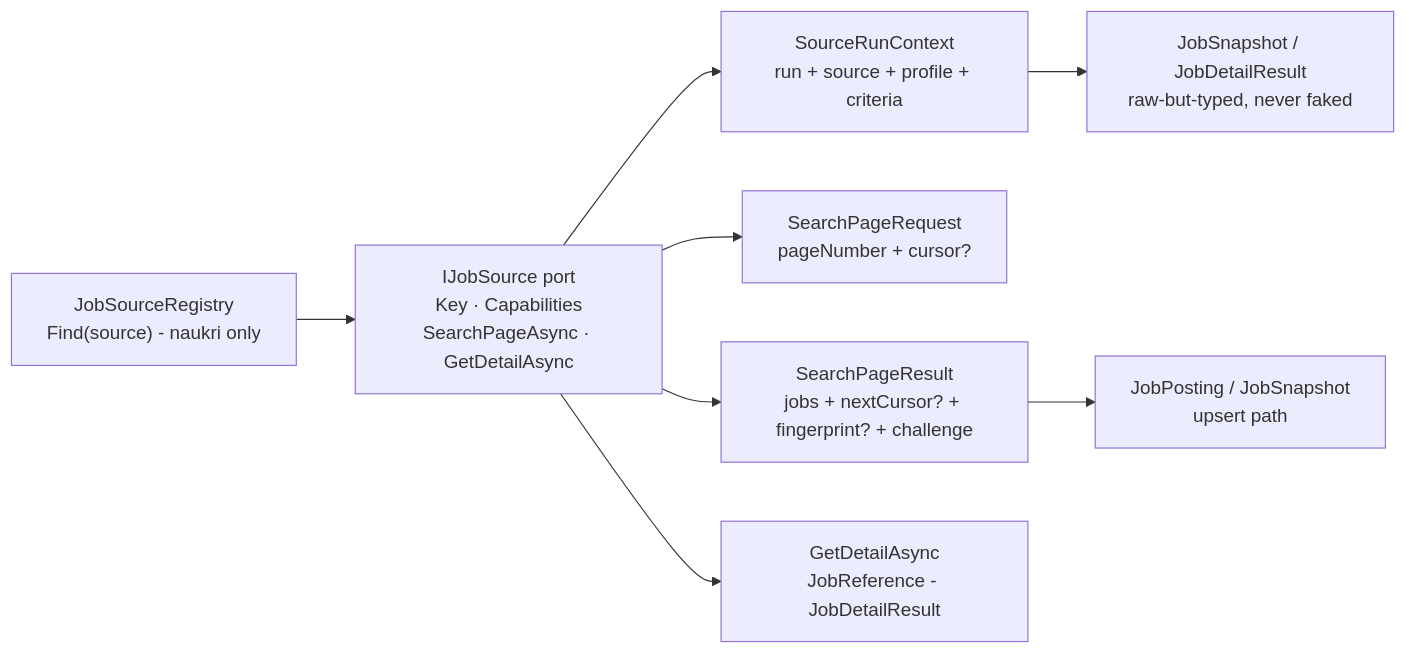
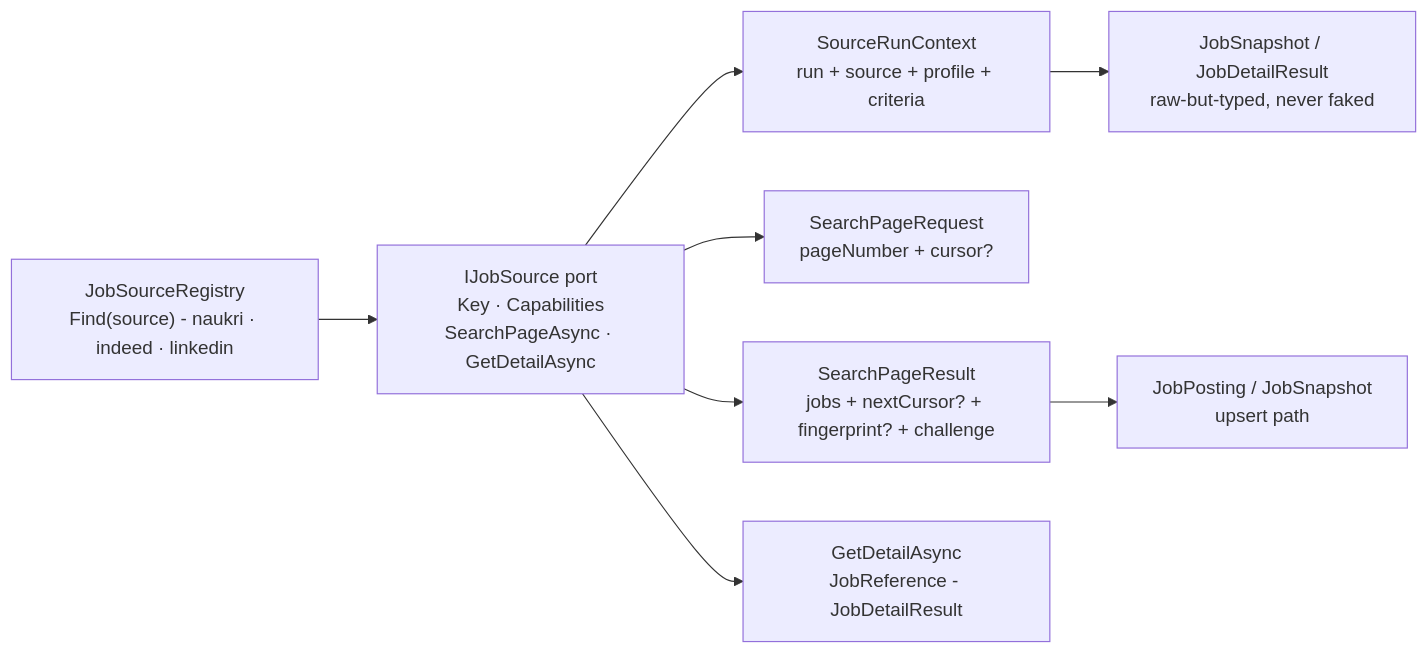
The ninth of 12 diagrams in docs/02-architecture.md (AslamNazeerShaikh/PlaywrightDotNet), drawn with Mermaid before and after one commit. The commit also changed other lines of this file and 2 other files, not shown here.

First line of the commit message:
docs(architecture): redraw diagram and refresh architecture doc

````diff
--- a/docs/02-architecture.md
+++ b/docs/02-architecture.md
@@ -604,10 +680,10 @@
 ```mermaid
 flowchart LR
-    REG["JobSourceRegistry<br/>Find(source) - naukri only"] --> PORT["IJobSource port<br/>Key · Capabilities<br/>SearchPageAsync · GetDetailAsync"]
+    REG["JobSourceRegistry<br/>Find(source) - naukri · indeed · linkedin"] --> PORT["IJobSource port<br/>Key · Capabilities<br/>SearchPageAsync · GetDetailAsync"]
     PORT --> CTX["SourceRunContext<br/>run + source + profile + criteria"]
     PORT --> REQ["SearchPageRequest<br/>pageNumber + cursor?"]
     PORT --> RESP["SearchPageResult<br/>jobs + nextCursor? + fingerprint? + challenge"]
     PORT --> DET["GetDetailAsync<br/>JobReference - JobDetailResult"]
     CTX --> DTO["JobSnapshot / JobDetailResult<br/>raw-but-typed, never faked"]
     RESP --> DOM["JobPosting / JobSnapshot<br/>upsert path"]
 ```
````
